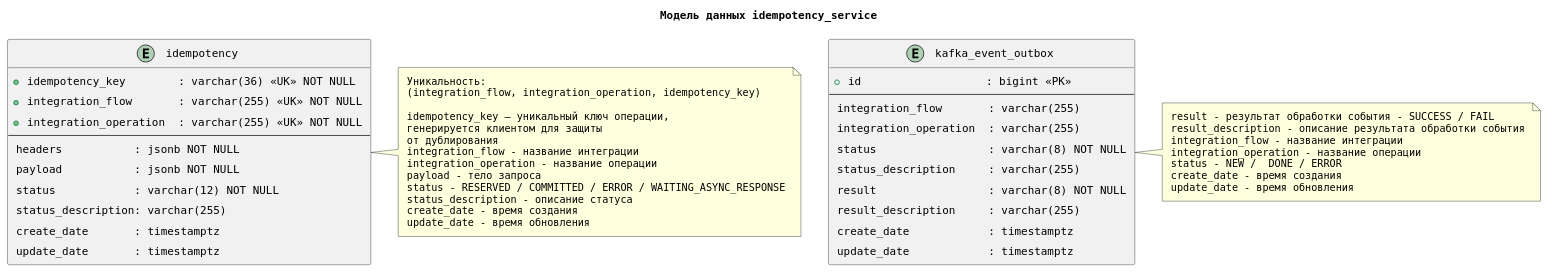
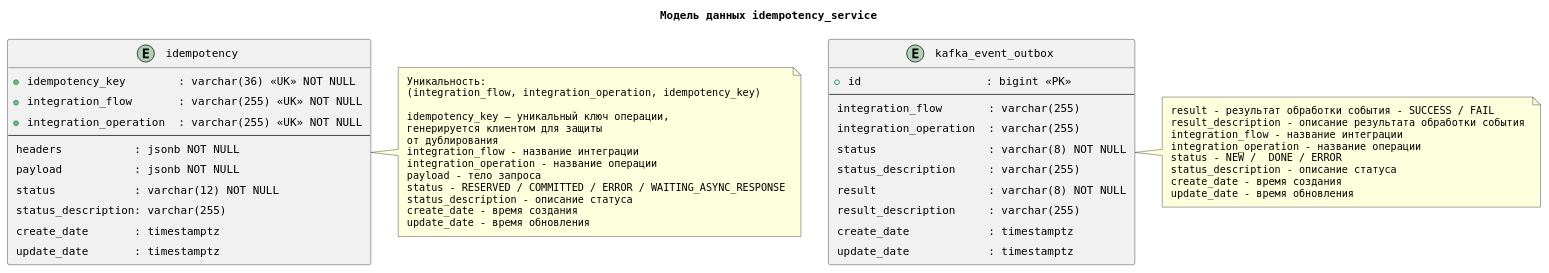
One commit to idempotence-service/core changed the diagram in architecture/db.puml. Above: the diagram before and after it, drawn with PlantUML. The commit also changed 6 other files, not shown here.

```diff
--- a/architecture/db.puml
+++ b/architecture/db.puml
@@ -1,62 +1,63 @@
 @startuml
 title Модель данных idempotency_service
 
 skinparam defaultFontName Monospaced
 skinparam linetype ortho
 skinparam padding 5
 skinparam entityPadding 10
 
 entity "idempotency" {
   + idempotency_key        : varchar(36) <<UK>> NOT NULL
   + integration_flow       : varchar(255) <<UK>> NOT NULL
   + integration_operation  : varchar(255) <<UK>> NOT NULL
   --
   headers           : jsonb NOT NULL
   payload           : jsonb NOT NULL
   status            : varchar(12) NOT NULL
   status_description: varchar(255)
   create_date       : timestamptz
   update_date       : timestamptz
 }
 
 entity "kafka_event_outbox" {
   + id                   : bigint <<PK>>
   --
   integration_flow       : varchar(255)
   integration_operation  : varchar(255)
   status                 : varchar(8) NOT NULL
   status_description     : varchar(255)
   result                 : varchar(8) NOT NULL
   result_description     : varchar(255)
   create_date            : timestamptz
   update_date            : timestamptz
 }
 
 note right of idempotency
 Уникальность:
 (integration_flow, integration_operation, idempotency_key)
 
 idempotency_key — уникальный ключ операции,
 генерируется клиентом для защиты
 от дублирования
 integration_flow - название интеграции
 integration_operation - название операции
 payload - тело запроса
 status - RESERVED / COMMITTED / ERROR / WAITING_ASYNC_RESPONSE
 status_description - описание статуса
 create_date - время создания
 update_date - время обновления
 end note
 
 note right of kafka_event_outbox
 result - результат обработки события - SUCCESS / FAIL
 result_description - описание результата обработки события
 integration_flow - название интеграции
 integration_operation - название операции
 status - NEW /  DONE / ERROR
+status_description - описание статуса
 create_date - время создания
 update_date - время обновления
 end note
 
 
 @enduml
```
